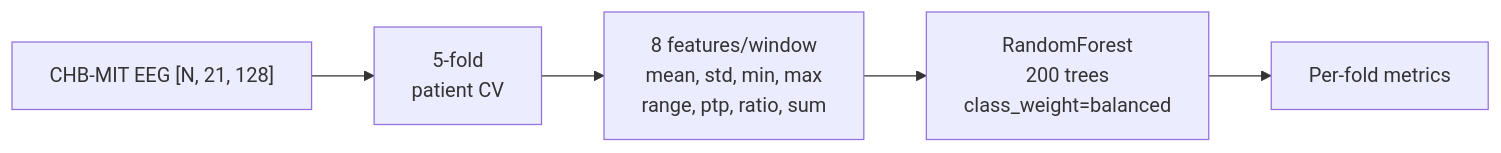
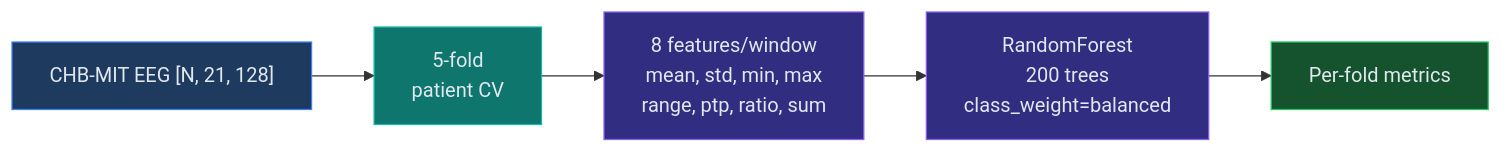
Before and after one commit to RICSE-donnenfeld/DEEPL-brainshake: the diagram in mermaid/randomforest.mmd, drawn with Mermaid. The commit also changed 18 other files, not shown here.

```diff
--- a/mermaid/randomforest.mmd
+++ b/mermaid/randomforest.mmd
@@ -1,6 +1,12 @@
 %% Random Forest pipeline — horizontal
 flowchart LR
     data["CHB-MIT EEG [N, 21, 128]"] --> kfold["5-fold<br/>patient CV"]
     kfold --> extract["8 features/window<br/>mean, std, min, max<br/>range, ptp, ratio, sum"]
     extract --> classifier["RandomForest<br/>200 trees<br/>class_weight=balanced"]
     classifier --> evaluate["Per-fold metrics"]
+
+    style data fill:#1e3a5f,stroke:#3b82f6,color:#e2e8f0
+    style kfold fill:#0f766e,stroke:#14b8a6,color:#e2e8f0
+    style extract fill:#312e81,stroke:#8b5cf6,color:#e2e8f0
+    style classifier fill:#312e81,stroke:#8b5cf6,color:#e2e8f0
+    style evaluate fill:#14532d,stroke:#22c55e,color:#e2e8f0
```
